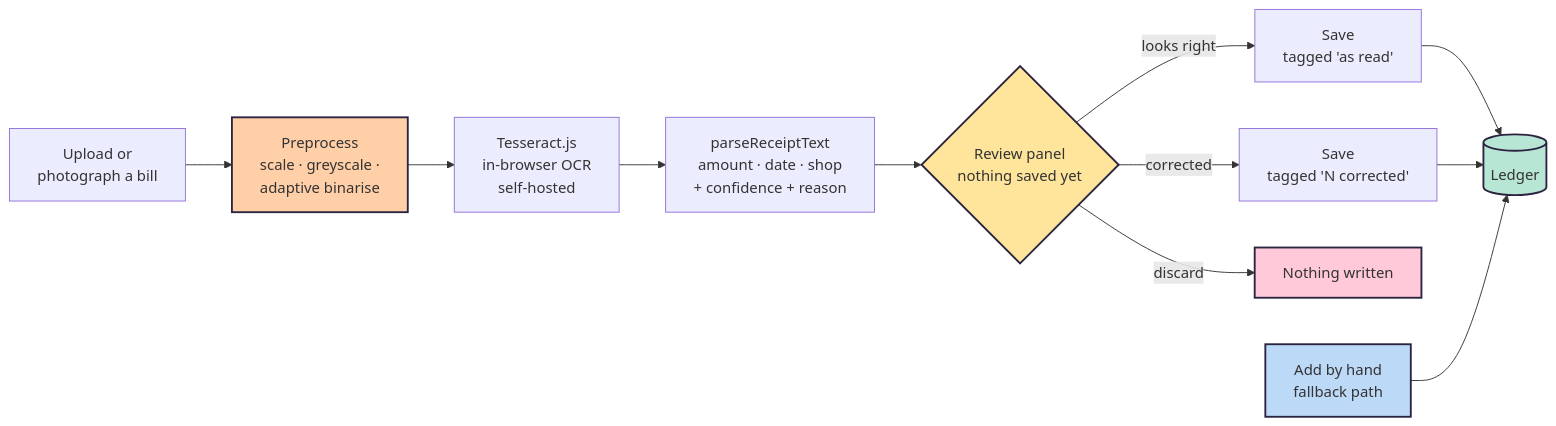
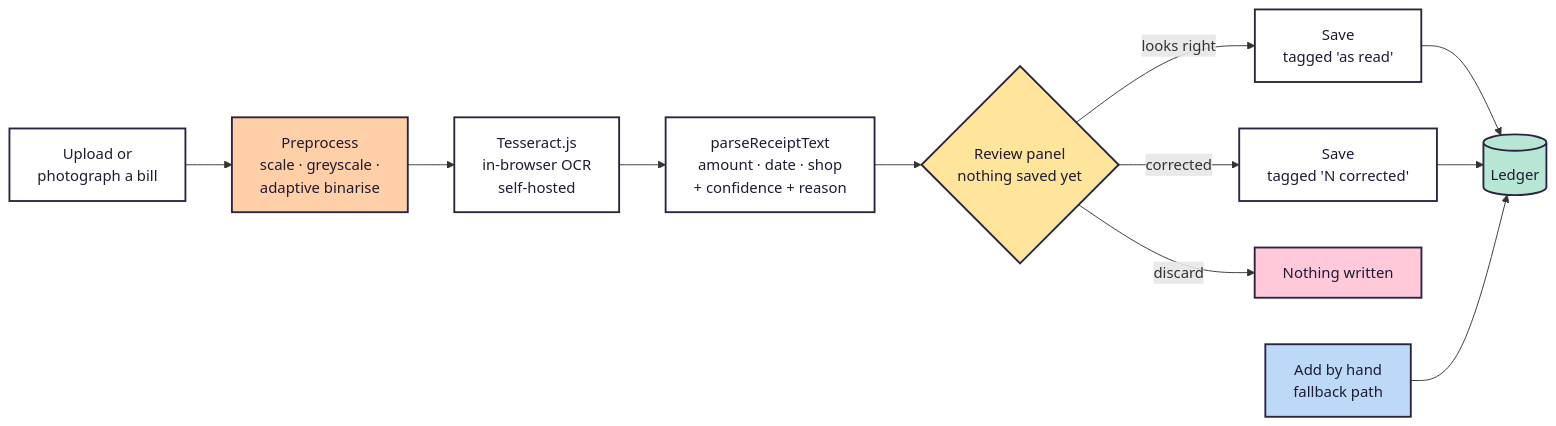
One commit to AuvroIslam/lsh26-t033-p12 changed the second of 6 diagrams in README.md. Above: the diagram before and after it, drawn with Mermaid. The commit also changed other lines of this file, not shown here.

First line of the commit message:
Fix diagram contrast and use the slides as illustration, not a gallery

````diff
--- a/README.md
+++ b/README.md
@@ -118,19 +135,27 @@
 ```mermaid
 flowchart LR
+    classDef default fill:#ffffff,stroke:#2b2440,stroke-width:2px,color:#201a33;
     A["Upload or<br/>photograph a bill"] --> P["Preprocess<br/>scale · greyscale ·<br/>adaptive binarise"]
     P --> B["Tesseract.js<br/>in-browser OCR<br/>self-hosted"]
     B --> C["parseReceiptText<br/>amount · date · shop<br/>+ confidence + reason"]
     C --> D{"Review panel<br/>nothing saved yet"}
     D -->|"looks right"| E["Save<br/>tagged 'as read'"]
     D -->|"corrected"| F["Save<br/>tagged 'N corrected'"]
     D -->|"discard"| G["Nothing written"]
     E --> H[("Ledger")]
     F --> H
     M["Add by hand<br/>fallback path"] --> H
 
-    style D fill:#ffe49b,stroke:#2b2440,stroke-width:2px
-    style H fill:#b8e6d4,stroke:#2b2440,stroke-width:2px
-    style G fill:#ffc9d9,stroke:#2b2440,stroke-width:2px
-    style M fill:#bcd9f7,stroke:#2b2440,stroke-width:2px
-    style P fill:#ffcfa8,stroke:#2b2440,stroke-width:2px
+    classDef lav fill:#f4f0fd,stroke:#2b2440,stroke-width:2px,color:#201a33;
+    classDef lilac fill:#d9c9f7,stroke:#2b2440,stroke-width:2px,color:#201a33;
+    classDef mint fill:#b8e6d4,stroke:#2b2440,stroke-width:2px,color:#201a33;
+    classDef butter fill:#ffe49b,stroke:#2b2440,stroke-width:2px,color:#201a33;
+    classDef peach fill:#ffcfa8,stroke:#2b2440,stroke-width:2px,color:#201a33;
+    classDef blush fill:#ffc9d9,stroke:#2b2440,stroke-width:2px,color:#201a33;
+    classDef sky fill:#bcd9f7,stroke:#2b2440,stroke-width:2px,color:#201a33;
+    class D butter;
+    class H mint;
+    class G blush;
+    class M sky;
+    class P peach;
 ```
````
